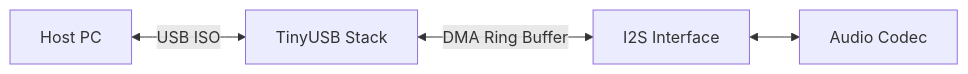
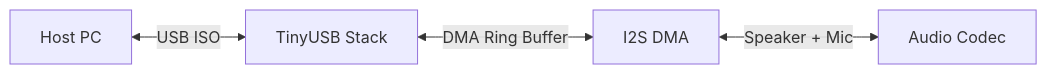
One commit to gab-k/FlexAudioLink changed the first of 5 diagrams in README.md. Above: the diagram before and after it, drawn with Mermaid. The commit also changed other lines of this file and 10 other files, not shown here.

````diff
--- a/README.md
+++ b/README.md
@@ -30,6 +30,11 @@
 ```mermaid
-graph LR;
-    Host[Host PC] <-- "USB ISO" --> TUSB[TinyUSB Stack]
-    TUSB <-- "DMA Ring Buffer" --> I2S[I2S Interface]
-    I2S <--> CODEC[Audio Codec]
+graph LR
+    Host[Host PC]
+    TUSB[TinyUSB Stack]
+    I2S[I2S DMA]
+    CODEC[Audio Codec]
+
+    Host <-->|"USB ISO"| TUSB
+    TUSB <-->|"DMA Ring Buffer"| I2S
+    I2S <-->|"Speaker + Mic"| CODEC
 ```
````
